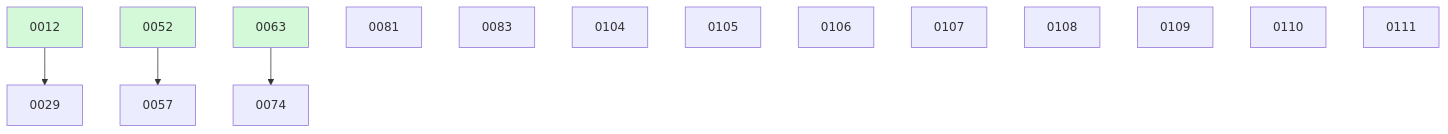
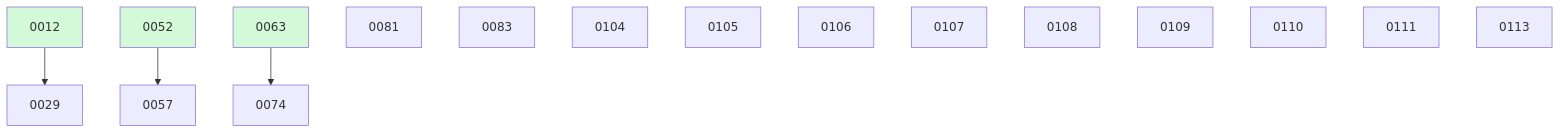
The diagram in docs/changes/BOARD.md (ethanhinson/fuse), drawn with Mermaid before and after one commit. The commit also changed other lines of this file and 1 other file, not shown here.

````diff
--- a/docs/changes/BOARD.md
+++ b/docs/changes/BOARD.md
@@ -33,20 +34,21 @@
 ```mermaid
 graph TD
   0012 --> 0029
   0052 --> 0057
   0063 --> 0074
   0081
   0083
   0104
   0105
   0106
   0107
   0108
   0109
   0110
   0111
+  0113
   0012:::done
   0052:::done
   0063:::done
   classDef done fill:#d3f9d8;
 ```
````
